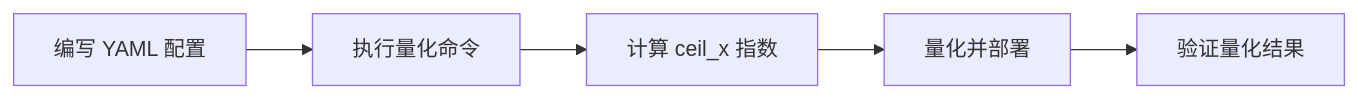
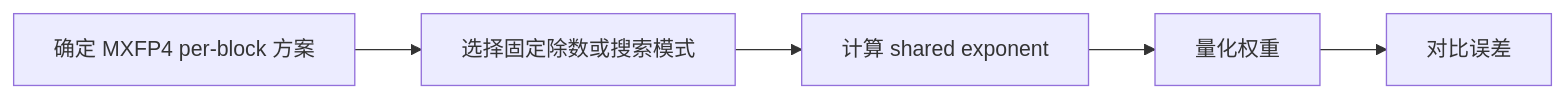
Before and after one commit to mindstudio-docs/master: the diagram in msmodelslim/docs/zh/knowledge_base/quantization_algorithms/ceil_x/usage_ceil_x.md, drawn with Mermaid. The commit also changed other lines of this file and 73 other files, not shown here.

````diff
--- a/msmodelslim/docs/zh/knowledge_base/quantization_algorithms/ceil_x/usage_ceil_x.md
+++ b/msmodelslim/docs/zh/knowledge_base/quantization_algorithms/ceil_x/usage_ceil_x.md
@@ -40,7 +24,7 @@
 ```mermaid
 flowchart LR
-    A[编写 YAML 配置] --> B[执行量化命令]
-    B --> C[计算 ceil_x 指数]
-    C --> D[量化并部署]
-    D --> E[验证量化结果]
+    A[确定 MXFP4 per-block 方案] --> B[选择固定除数或搜索模式]
+    B[选择固定除数或搜索模式] --> C[计算 shared exponent]
+    C[计算 shared exponent] --> D[量化权重]
+    D[量化权重] --> E[对比误差]
 ```
````
